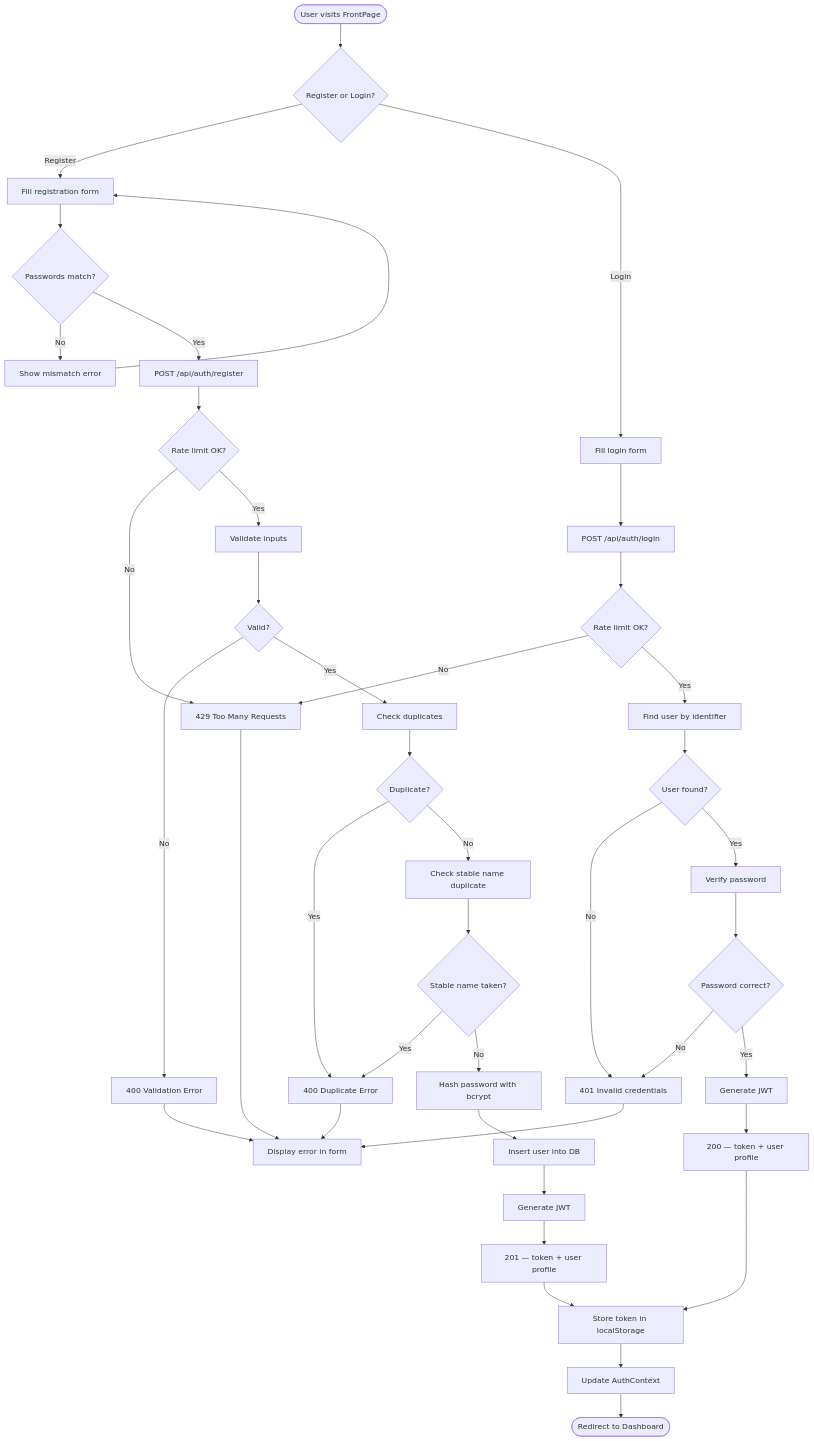
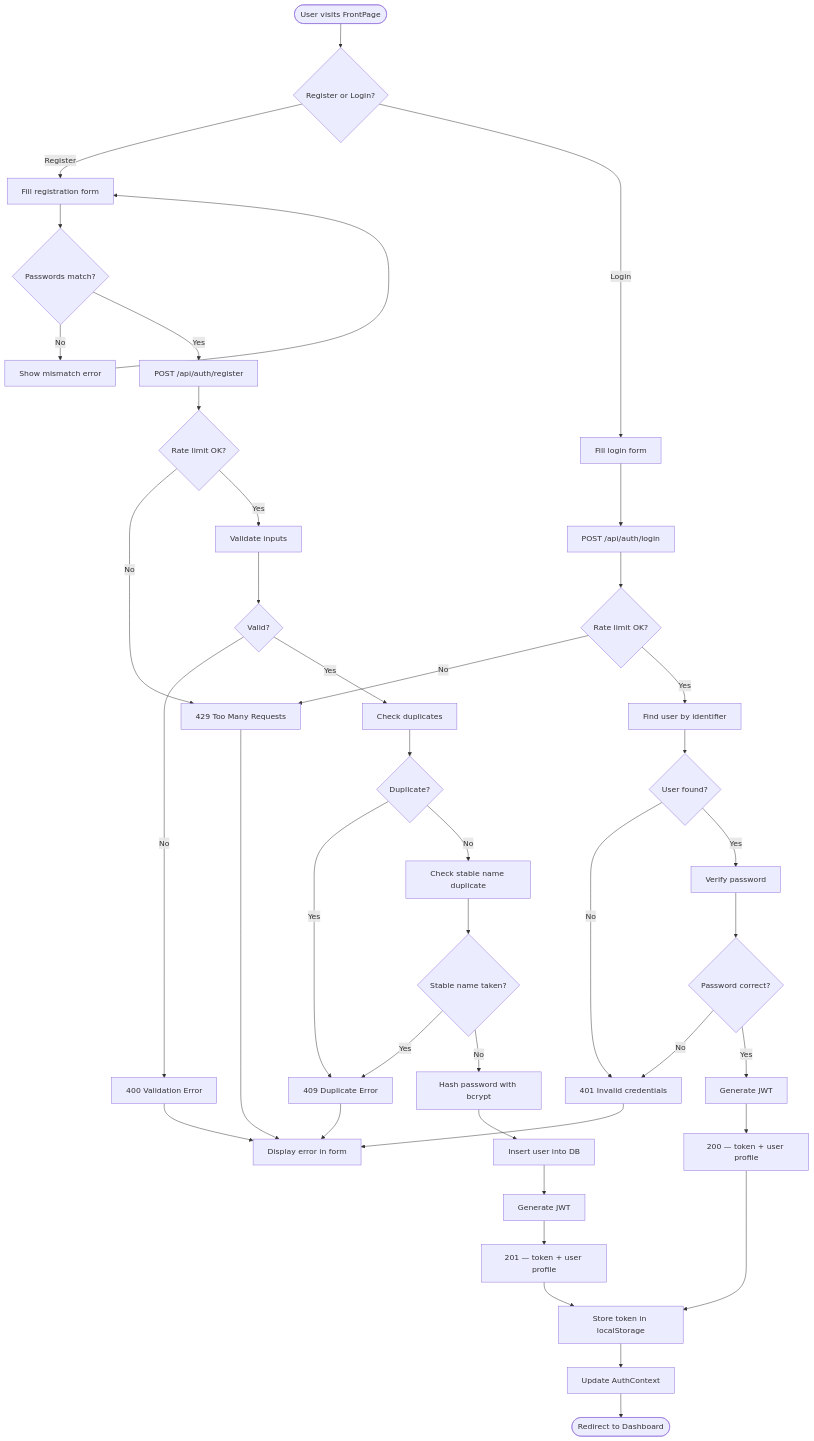
One commit to RobertTeunissen/ArmouredSouls changed the fourth of 4 diagrams in docs/features/user-registration.md. Above: the diagram before and after it, drawn with Mermaid. The commit also changed other lines of this file and 157 other files, not shown here.

````diff
--- a/docs/features/user-registration.md
+++ b/docs/features/user-registration.md
@@ -209,57 +209,57 @@
 ```mermaid
 flowchart TD
     Start([User visits FrontPage]) --> Choice{Register or Login?}
 
     Choice -->|Register| RegForm[Fill registration form]
     Choice -->|Login| LogForm[Fill login form]
 
     RegForm --> ConfirmPW{Passwords match?}
     ConfirmPW -->|No| PWError[Show mismatch error]
     PWError --> RegForm
     ConfirmPW -->|Yes| PostReg[POST /api/auth/register]
 
     LogForm --> PostLog[POST /api/auth/login]
 
     PostReg --> RateCheck1{Rate limit OK?}
     RateCheck1 -->|No| R429[429 Too Many Requests]
     RateCheck1 -->|Yes| Validate[Validate inputs]
 
     Validate --> Valid{Valid?}
     Valid -->|No| R400[400 Validation Error]
     Valid -->|Yes| DupCheck[Check duplicates]
 
     DupCheck --> Dup{Duplicate?}
-    Dup -->|Yes| R400Dup[400 Duplicate Error]
+    Dup -->|Yes| R409Dup[409 Duplicate Error]
     Dup -->|No| StableCheck[Check stable name duplicate]
 
     StableCheck --> StableDup{Stable name taken?}
-    StableDup -->|Yes| R400Dup
+    StableDup -->|Yes| R409Dup
     StableDup -->|No| Hash[Hash password with bcrypt]
 
     Hash --> CreateUser[Insert user into DB]
     CreateUser --> GenToken1[Generate JWT]
     GenToken1 --> Return201[201 — token + user profile]
 
     PostLog --> RateCheck2{Rate limit OK?}
     RateCheck2 -->|No| R429
     RateCheck2 -->|Yes| FindUser[Find user by identifier]
 
     FindUser --> Found{User found?}
     Found -->|No| R401[401 Invalid credentials]
     Found -->|Yes| VerifyPW[Verify password]
 
     VerifyPW --> PWOk{Password correct?}
     PWOk -->|No| R401
     PWOk -->|Yes| GenToken2[Generate JWT]
     GenToken2 --> Return200[200 — token + user profile]
 
     Return201 --> StoreToken[Store token in localStorage]
     Return200 --> StoreToken
     StoreToken --> UpdateCtx[Update AuthContext]
     UpdateCtx --> Dashboard([Redirect to Dashboard])
 
     R400 --> ShowErr[Display error in form]
-    R400Dup --> ShowErr
+    R409Dup --> ShowErr
     R401 --> ShowErr
     R429 --> ShowErr
 ```
````
